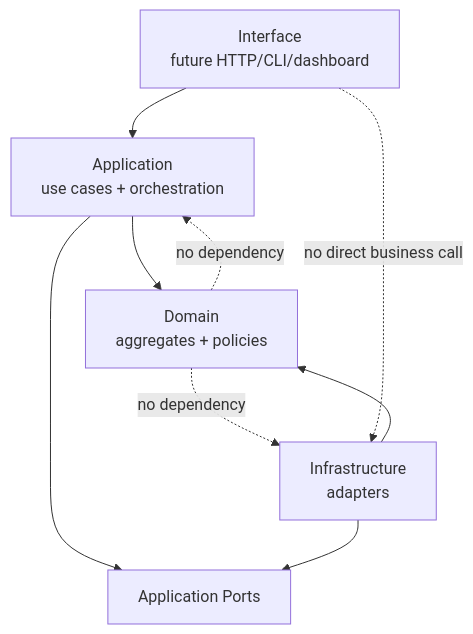
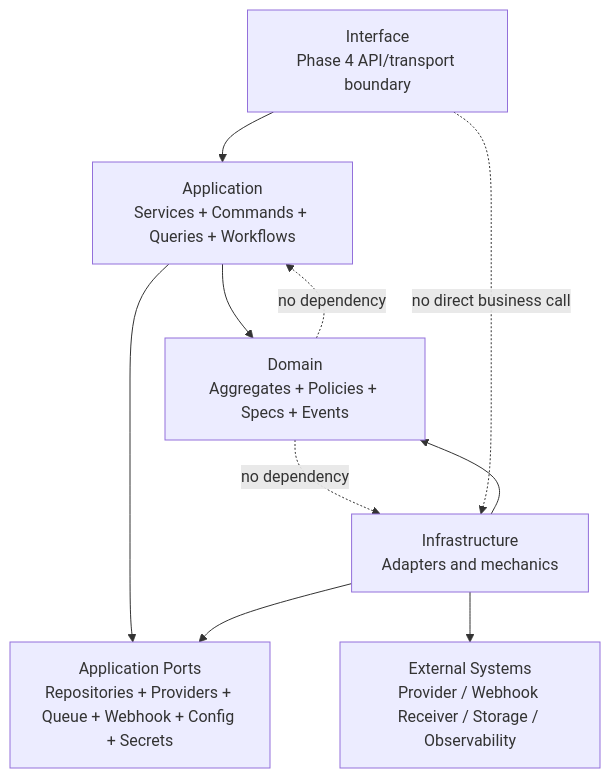
One commit to hiepknor/omniwa changed the diagram in docs/application/APPLICATION_BOUNDARIES.md. Above: the diagram before and after it, drawn with Mermaid. The commit also changed other lines of this file and 9 other files, not shown here.

Commit message:
docs: freeze phase 3 application design

````diff
--- a/docs/application/APPLICATION_BOUNDARIES.md
+++ b/docs/application/APPLICATION_BOUNDARIES.md
@@ -118,18 +159,20 @@
 ```mermaid
 flowchart TB
-  Interface[Interface\nfuture HTTP/CLI/dashboard]
-  Application[Application\nuse cases + orchestration]
-  Domain[Domain\naggregates + policies]
-  Ports[Application Ports]
-  Infrastructure[Infrastructure\nadapters]
+  Interface[Interface\nPhase 4 API/transport boundary]
+  Application[Application\nServices + Commands + Queries + Workflows]
+  Domain[Domain\nAggregates + Policies + Specs + Events]
+  Ports[Application Ports\nRepositories + Providers + Queue + Webhook + Config + Secrets]
+  Infrastructure[Infrastructure\nAdapters and mechanics]
+  External[External Systems\nProvider / Webhook Receiver / Storage / Observability]
 
   Interface --> Application
   Application --> Domain
   Application --> Ports
   Infrastructure --> Ports
   Infrastructure --> Domain
+  Infrastructure --> External
 
   Domain -. no dependency .-> Application
   Domain -. no dependency .-> Infrastructure
   Interface -. no direct business call .-> Infrastructure
 ```
````
